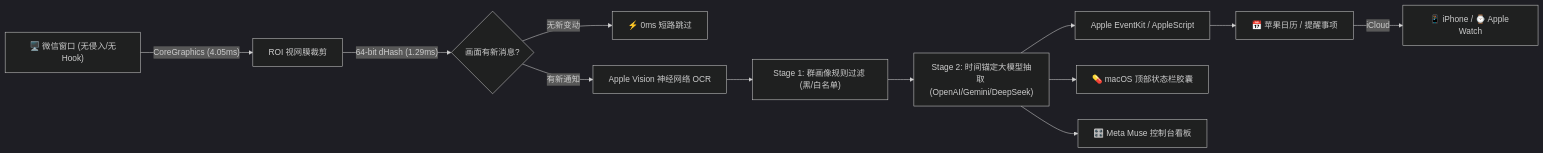
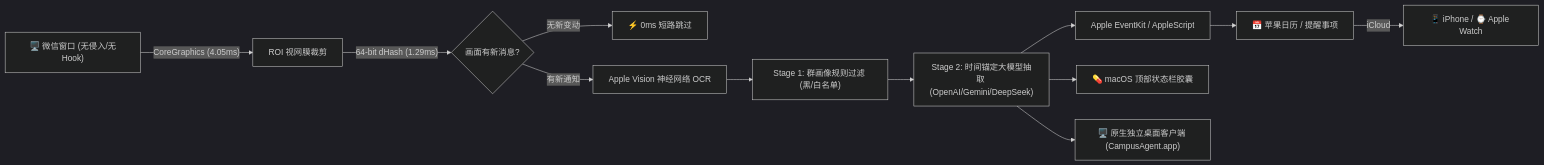
One commit to jdvd30810-bot/campus-agent changed the diagram in README.md. Above: the diagram before and after it, drawn with Mermaid (dark theme). The commit also changed other lines of this file and 10 other files, not shown here.

Commit message:
feat: native macOS desktop client (Cocoa + WebKit CampusAgent.app) with 34/34 passing tests

````diff
--- a/README.md
+++ b/README.md
@@ -51,14 +52,14 @@
 ```mermaid
 flowchart LR
     A["🖥️ 微信窗口 (无侵入/无Hook)"] -->|"CoreGraphics (4.05ms)"| B["ROI 视网膜裁剪"]
     B -->|"64-bit dHash (1.29ms)"| C{"画面有新消息?"}
     C --"无新变动"--> D["⚡ 0ms 短路跳过"]
     C --"有新通知"--> E["Apple Vision 神经网络 OCR"]
     E --> F["Stage 1: 群画像规则过滤 (黑/白名单)"]
     F --> G["Stage 2: 时间锚定大模型抽取 (OpenAI/Gemini/DeepSeek)"]
     G --> H["Apple EventKit / AppleScript"]
     H --> I["📅 苹果日历 / 提醒事项"]
     I -->|"iCloud"| J["📱 iPhone / ⌚️ Apple Watch"]
     G --> K["💊 macOS 顶部状态栏胶囊"]
-    G --> L["🎛️ Meta Muse 控制台看板"]
+    G --> L["🖥️ 原生独立桌面客户端 (CampusAgent.app)"]
 ```
````
